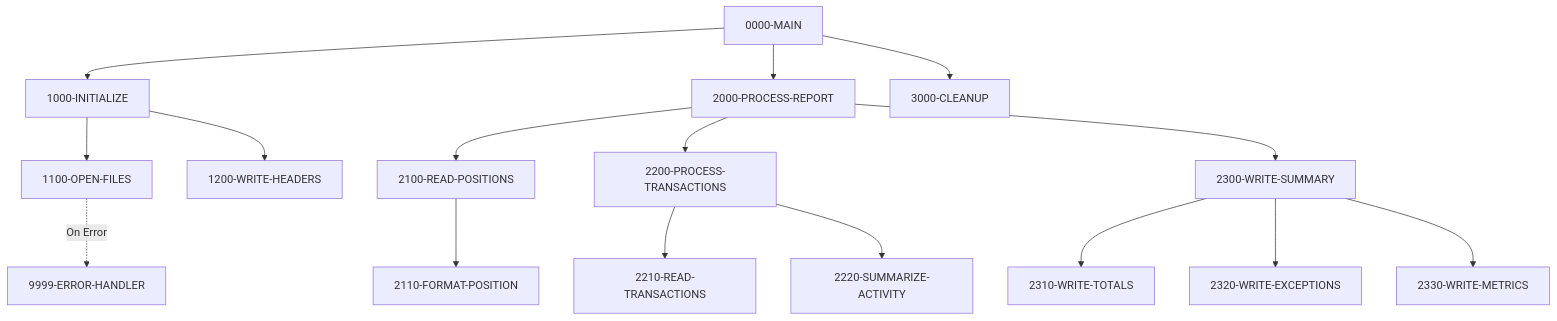
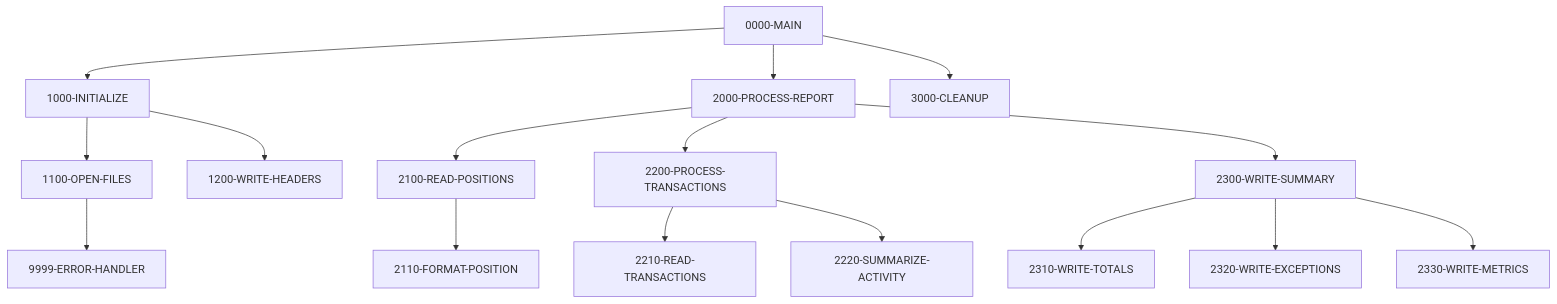
One commit to haladir-com/legacy-benchmark-docs-vb70e1 changed the diagram in docs/programs/RPTPOS00.mdx. Above: the diagram before and after it, drawn with Mermaid. The commit also changed other lines of this file and 64 other files, not shown here.

````diff
--- a/docs/programs/RPTPOS00.mdx
+++ b/docs/programs/RPTPOS00.mdx
@@ -20,24 +21,23 @@
 ```mermaid
 graph TD
     A[0000-MAIN] --> B[1000-INITIALIZE]
     A --> C[2000-PROCESS-REPORT]
     A --> D[3000-CLEANUP]
     
     B --> B1[1100-OPEN-FILES]
     B --> B2[1200-WRITE-HEADERS]
-    
-    B1 -.->|On Error| E[9999-ERROR-HANDLER]
+    B1 --> E[9999-ERROR-HANDLER]
     
     C --> C1[2100-READ-POSITIONS]
     C --> C2[2200-PROCESS-TRANSACTIONS]
     C --> C3[2300-WRITE-SUMMARY]
     
     C1 --> C1A[2110-FORMAT-POSITION]
     
     C2 --> C2A[2210-READ-TRANSACTIONS]
     C2 --> C2B[2220-SUMMARIZE-ACTIVITY]
     
     C3 --> C3A[2310-WRITE-TOTALS]
     C3 --> C3B[2320-WRITE-EXCEPTIONS]
     C3 --> C3C[2330-WRITE-METRICS]
 ```
````
